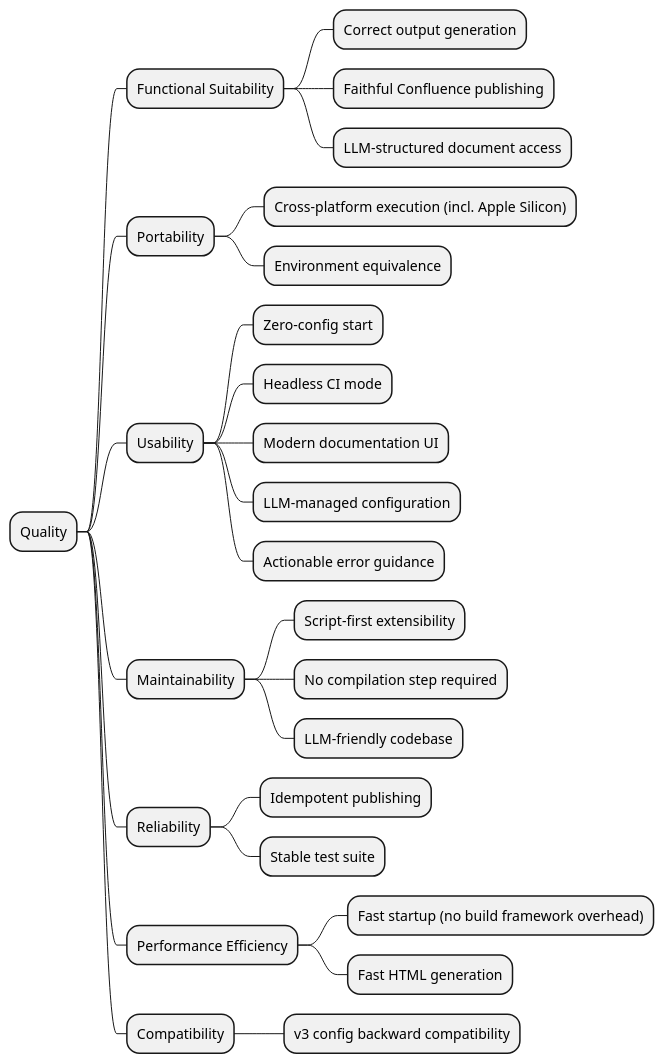
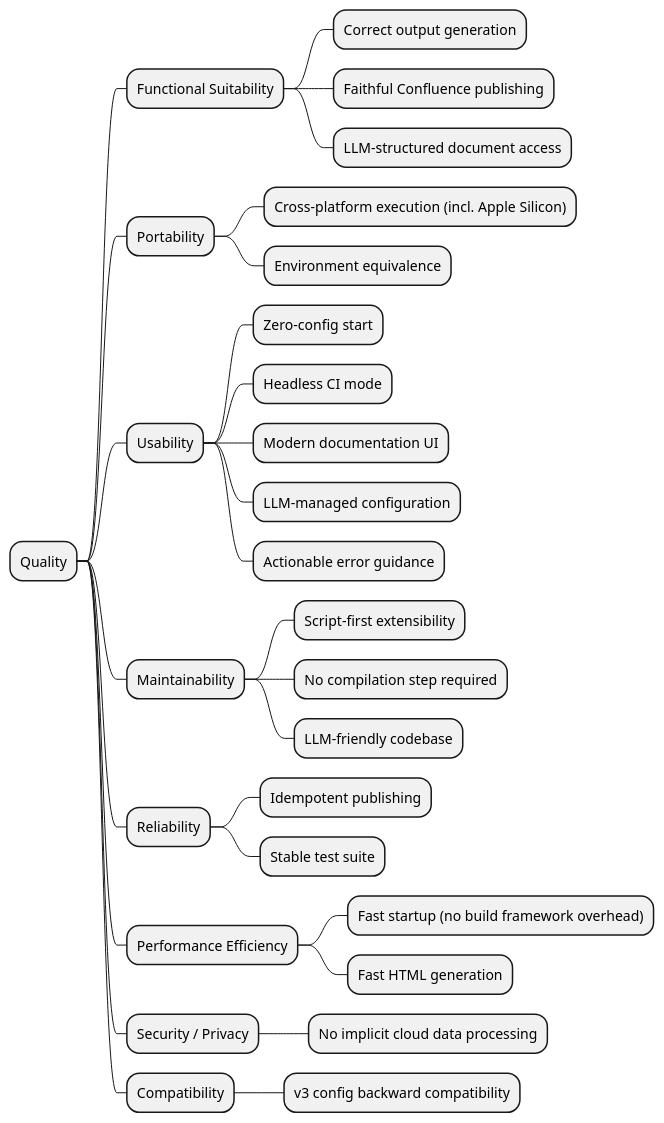
One commit to raifdmueller/docToolchain changed the diagram in src/docs/arc42/chapters/10_quality_requirements.adoc. Above: the diagram before and after it, drawn with PlantUML. The commit also changed other lines of this file and 2 other files, not shown here.

First line of the commit message:
docs: QS-16 no implicit cloud processing, privacy warning in ADR-9

```diff
--- a/src/docs/arc42/chapters/10_quality_requirements.adoc
+++ b/src/docs/arc42/chapters/10_quality_requirements.adoc
@@ -27,31 +27,33 @@
 [plantuml,quality-tree,png]
 ----
 @startmindmap
 * Quality
 ** Functional Suitability
 *** Correct output generation
 *** Faithful Confluence publishing
 *** LLM-structured document access
 ** Portability
 *** Cross-platform execution (incl. Apple Silicon)
 *** Environment equivalence
 ** Usability
 *** Zero-config start
 *** Headless CI mode
 *** Modern documentation UI
 *** LLM-managed configuration
 *** Actionable error guidance
 ** Maintainability
 *** Script-first extensibility
 *** No compilation step required
 *** LLM-friendly codebase
 ** Reliability
 *** Idempotent publishing
 *** Stable test suite
 ** Performance Efficiency
 *** Fast startup (no build framework overhead)
 *** Fast HTML generation
+** Security / Privacy
+*** No implicit cloud data processing
 ** Compatibility
 *** v3 config backward compatibility
 @endmindmap
 ----
```
